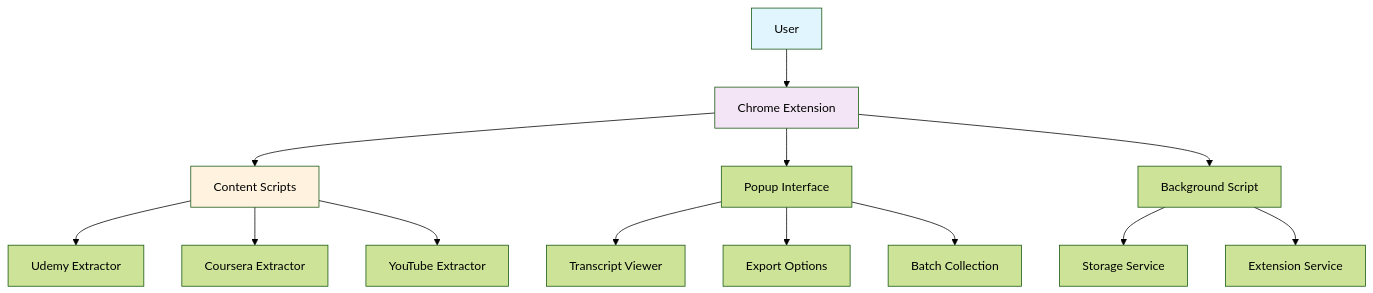
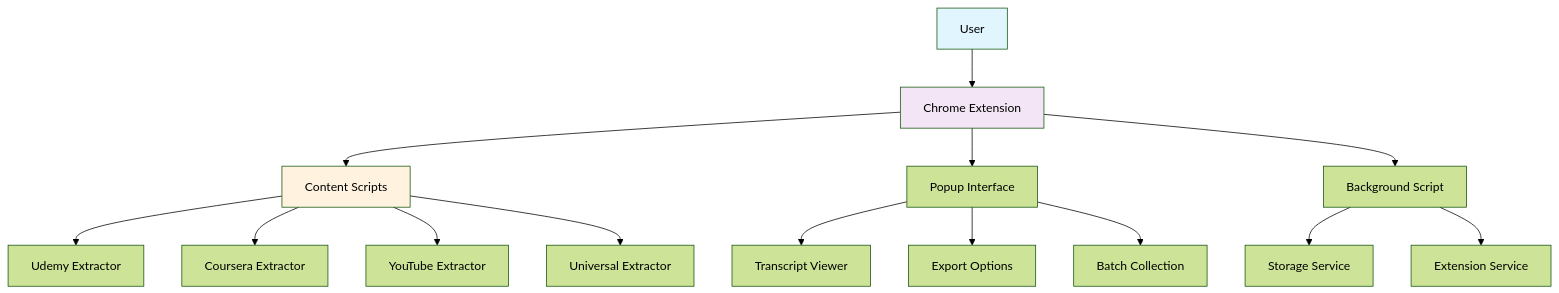
Before and after one commit to pras-ops/udemy-transcript-extractor: the first of 2 diagrams in README.md, drawn with Mermaid (forest theme). The commit also changed other lines of this file and 3 other files, not shown here.

````diff
--- a/README.md
+++ b/README.md
@@ -43,22 +43,23 @@
 ```mermaid
 graph TB
     A[User] --> B[Chrome Extension]
     B --> C[Content Scripts]
     B --> D[Popup Interface]
     B --> E[Background Script]
     
     C --> F[Udemy Extractor]
     C --> G[Coursera Extractor]
     C --> H[YouTube Extractor]
+    C --> N[Universal Extractor]
     
     D --> I[Transcript Viewer]
     D --> J[Export Options]
     D --> K[Batch Collection]
     
     E --> L[Storage Service]
     E --> M[Extension Service]
     
     style A fill:#e1f5fe
     style B fill:#f3e5f5
     style C fill:#fff3e0
 ```
````
